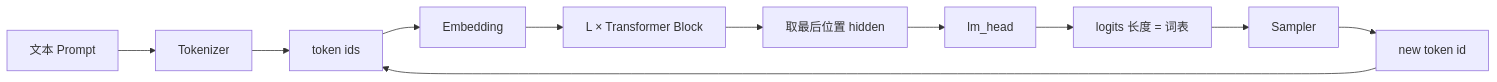
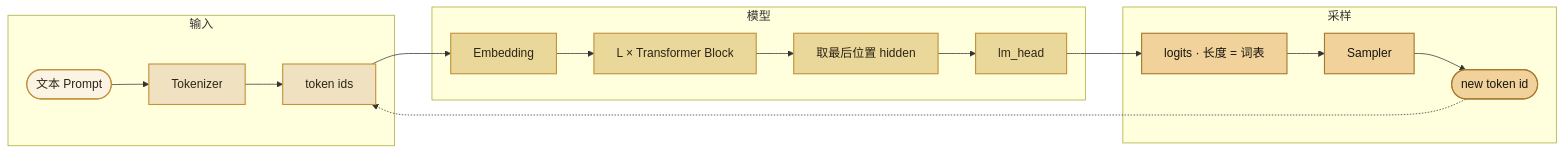
One commit to xiangel/llm-inference-course changed the first of 2 diagrams in src/content/docs/01-transformer/01-generate-one-token.mdx. Above: the diagram before and after it, drawn with Mermaid. The commit also changed other lines of this file and 9 other files, not shown here.

First line of the commit message:
Restyle architecture diagrams to match the book palette

````diff
--- a/src/content/docs/01-transformer/01-generate-one-token.mdx
+++ b/src/content/docs/01-transformer/01-generate-one-token.mdx
@@ -96,13 +96,28 @@
 ```mermaid
 flowchart LR
-  Text["文本 Prompt"] --> Tok["Tokenizer"]
-  Tok --> Ids["token ids"]
-  Ids --> Emb["Embedding"]
-  Emb --> Blocks["L × Transformer Block"]
-  Blocks --> Last["取最后位置 hidden"]
-  Last --> Head["lm_head"]
-  Head --> Logits["logits 长度 = 词表"]
-  Logits --> Sam["Sampler"]
-  Sam --> New["new token id"]
-  New --> Ids
+  classDef client fill:#fbf4e4,stroke:#c4923a,color:#2c2416,stroke-width:1.5px
+  classDef control fill:#f0e2c0,stroke:#c4923a,color:#2c2416,stroke-width:1.5px
+  classDef compute fill:#ead89a,stroke:#c4923a,color:#2c2416,stroke-width:1.5px
+  classDef sample fill:#f0d29a,stroke:#a67a2e,color:#171410,stroke-width:1.5px
+
+  subgraph In["输入"]
+    Text(["文本 Prompt"]):::client --> Tok["Tokenizer"]:::control
+    Tok --> Ids["token ids"]:::control
+  end
+
+  subgraph Model["模型"]
+    Emb["Embedding"]:::compute
+    Blocks["L × Transformer Block"]:::compute
+    Last["取最后位置 hidden"]:::compute
+    Head["lm_head"]:::compute
+  end
+
+  subgraph Out["采样"]
+    Logits["logits · 长度 = 词表"]:::sample
+    Sam["Sampler"]:::sample
+    New(["new token id"]):::sample
+  end
+
+  Ids --> Emb --> Blocks --> Last --> Head --> Logits --> Sam --> New
+  New -.-> Ids
 ```
````
